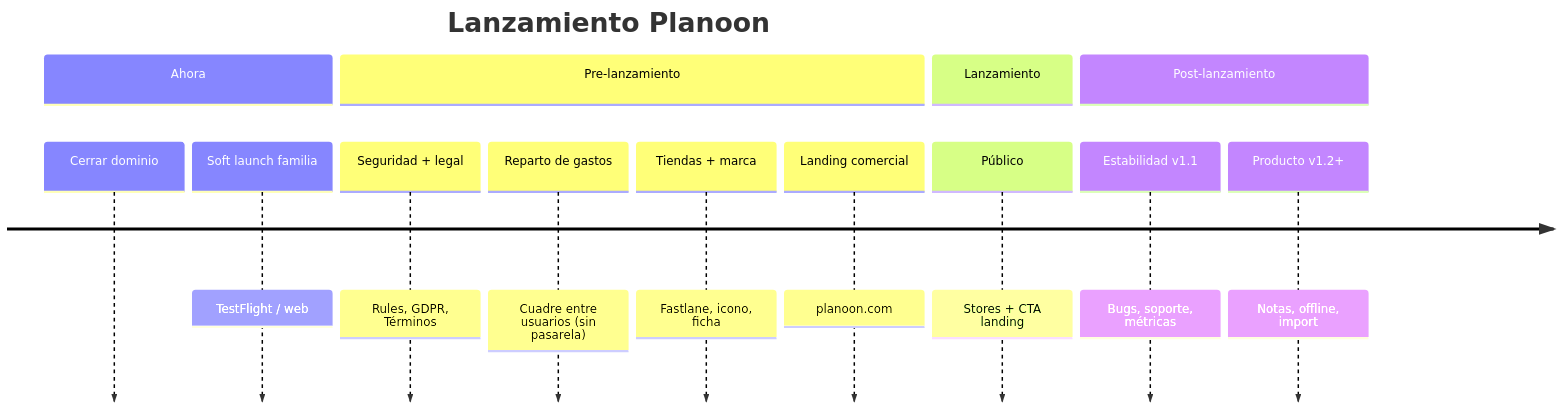
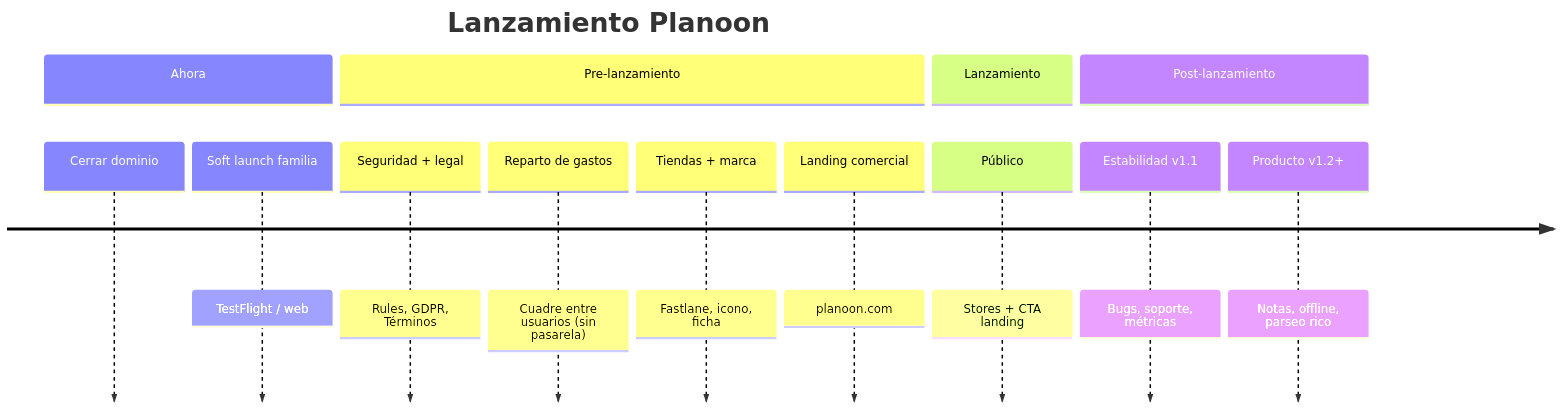
One commit to planazoo/planazoo-platform changed the diagram in docs/producto/TIMELINE_LANZAMIENTO.md. Above: the diagram before and after it, drawn with Mermaid. The commit also changed other lines of this file and 64 other files, not shown here.

````diff
--- a/docs/producto/TIMELINE_LANZAMIENTO.md
+++ b/docs/producto/TIMELINE_LANZAMIENTO.md
@@ -74,17 +75,17 @@
 ```mermaid
 timeline
     title Lanzamiento Planoon
     section Ahora
       Cerrar dominio #1 : T259 deep links QA
       Soft launch familia : TestFlight / web
     section Pre-lanzamiento
       Seguridad + legal : Rules, GDPR, Términos
       Reparto de gastos : Cuadre entre usuarios (sin pasarela)
       Tiendas + marca : Fastlane, icono, ficha
       Landing comercial : planoon.com
     section Lanzamiento
       Público : Stores + CTA landing
     section Post-lanzamiento
       Estabilidad v1.1 : Bugs, soporte, métricas
-      Producto v1.2+ : Notas, offline, import
+      Producto v1.2+ : Notas, offline, parseo rico
 ```
````
